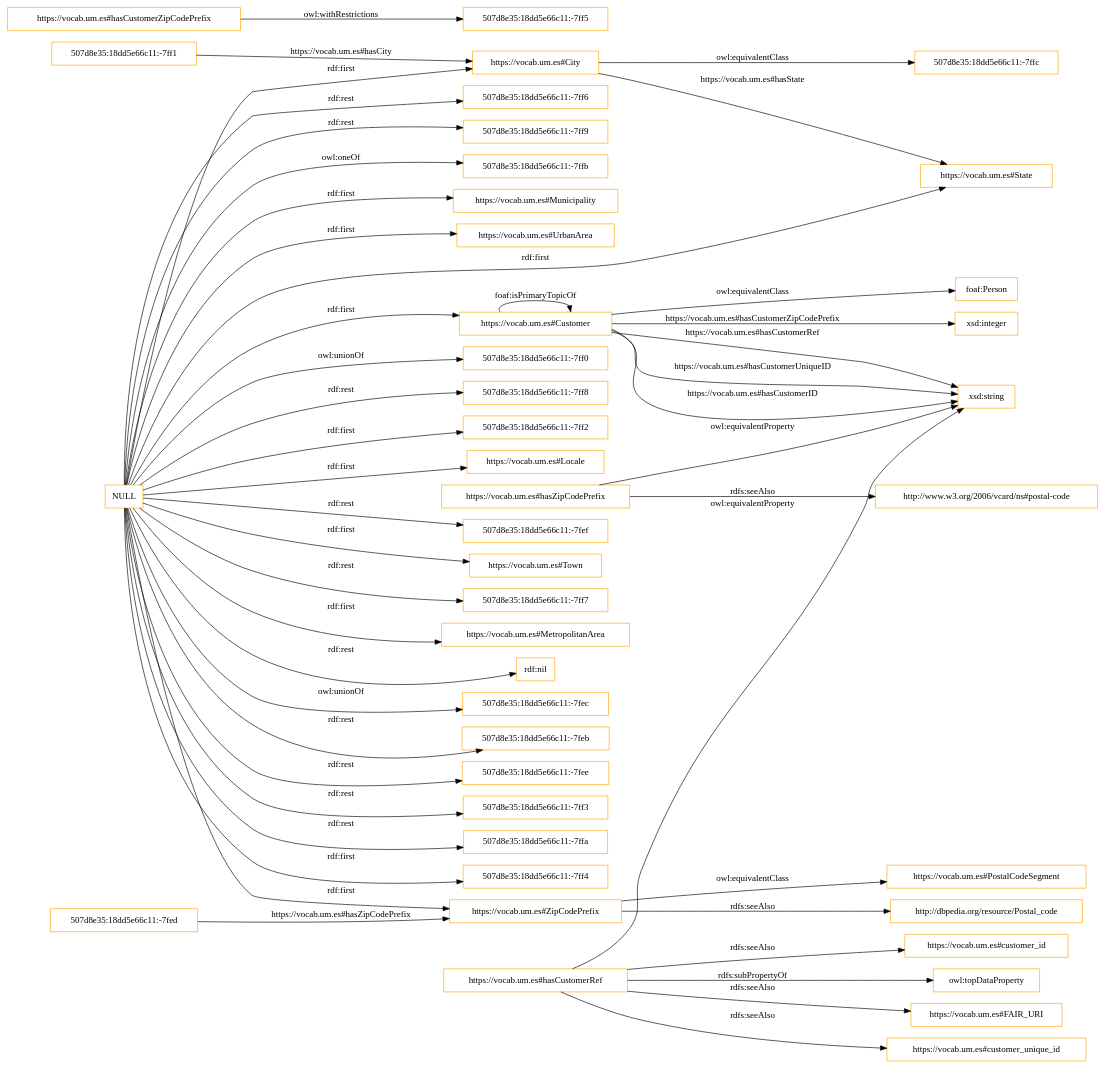
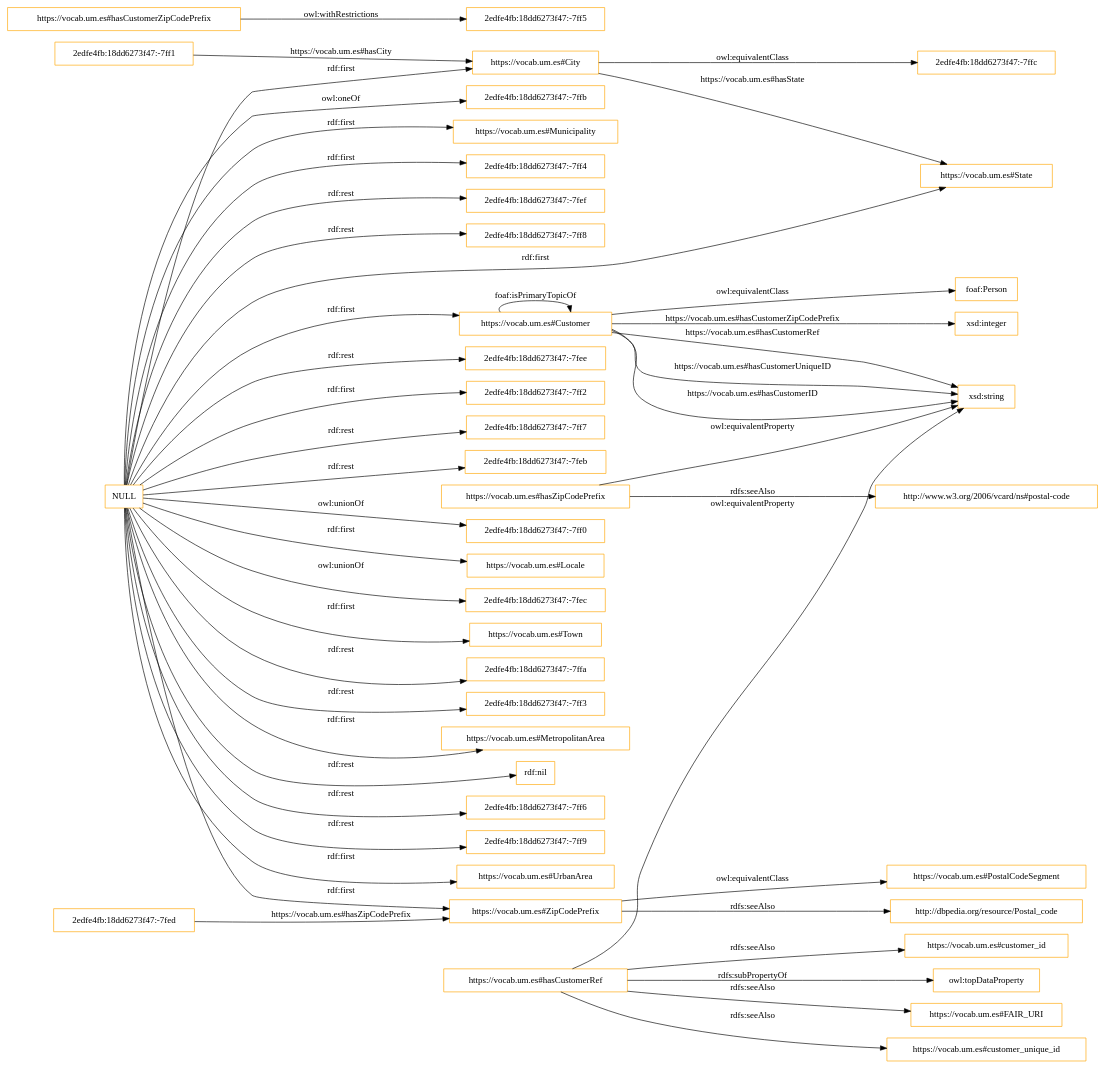
The diagram in OnToology/ontologies/BrazilianEcommerce_ontology_LLM.owl/diagrams/ar2dtool-class/BrazilianEcommerce_ontology_LLM.owl.png.dot (tecnomod-um/OntoGenixEvaluation), drawn with Graphviz before and after one commit. The commit also changed 30 other files, not shown here.

```diff
--- a/OnToology/ontologies/BrazilianEcommerce_ontology_LLM.owl/diagrams/ar2dtool-class/BrazilianEcommerce_ontology_LLM.owl.png.dot
+++ b/OnToology/ontologies/BrazilianEcommerce_ontology_LLM.owl/diagrams/ar2dtool-class/BrazilianEcommerce_ontology_LLM.owl.png.dot
@@ -1,50 +1,50 @@
 digraph ar2dtool_diagram { 
 rankdir=LR;
 size="1501"
-node [shape = rectangle, color="orange"]; "507d8e35:18dd5e66c11:-7ff1" "507d8e35:18dd5e66c11:-7ffc" "https://vocab.um.es#City" "https://vocab.um.es#Customer" "https://vocab.um.es#State" "https://vocab.um.es#ZipCodePrefix" ; /*classes style*/
-	"https://vocab.um.es#hasCustomerZipCodePrefix" -> "507d8e35:18dd5e66c11:-7ff5" [ label = "owl:withRestrictions" ];
+node [shape = rectangle, color="orange"]; "2edfe4fb:18dd6273f47:-7ff1" "2edfe4fb:18dd6273f47:-7ffc" "https://vocab.um.es#City" "https://vocab.um.es#Customer" "https://vocab.um.es#State" "https://vocab.um.es#ZipCodePrefix" ; /*classes style*/
+	"https://vocab.um.es#hasCustomerZipCodePrefix" -> "2edfe4fb:18dd6273f47:-7ff5" [ label = "owl:withRestrictions" ];
 	"https://vocab.um.es#hasZipCodePrefix" -> "xsd:string" [ label = "owl:equivalentProperty" ];
 	"https://vocab.um.es#hasZipCodePrefix" -> "http://www.w3.org/2006/vcard/ns#postal-code" [ label = "rdfs:seeAlso" ];
 	"https://vocab.um.es#ZipCodePrefix" -> "http://dbpedia.org/resource/Postal_code" [ label = "rdfs:seeAlso" ];
 	"https://vocab.um.es#ZipCodePrefix" -> "https://vocab.um.es#PostalCodeSegment" [ label = "owl:equivalentClass" ];
 	"https://vocab.um.es#Customer" -> "foaf:Person" [ label = "owl:equivalentClass" ];
 	"https://vocab.um.es#Customer" -> "https://vocab.um.es#Customer" [ label = "foaf:isPrimaryTopicOf" ];
 	"https://vocab.um.es#hasCustomerRef" -> "https://vocab.um.es#FAIR_URI" [ label = "rdfs:seeAlso" ];
 	"https://vocab.um.es#hasCustomerRef" -> "xsd:string" [ label = "owl:equivalentProperty" ];
 	"https://vocab.um.es#hasCustomerRef" -> "https://vocab.um.es#customer_unique_id" [ label = "rdfs:seeAlso" ];
 	"https://vocab.um.es#hasCustomerRef" -> "https://vocab.um.es#customer_id" [ label = "rdfs:seeAlso" ];
 	"https://vocab.um.es#hasCustomerRef" -> "owl:topDataProperty" [ label = "rdfs:subPropertyOf" ];
-	"NULL" -> "507d8e35:18dd5e66c11:-7ff0" [ label = "owl:unionOf" ];
-	"NULL" -> "507d8e35:18dd5e66c11:-7ff8" [ label = "rdf:rest" ];
-	"NULL" -> "507d8e35:18dd5e66c11:-7ff2" [ label = "rdf:first" ];
+	"NULL" -> "2edfe4fb:18dd6273f47:-7fee" [ label = "rdf:rest" ];
+	"NULL" -> "2edfe4fb:18dd6273f47:-7ff2" [ label = "rdf:first" ];
+	"NULL" -> "2edfe4fb:18dd6273f47:-7ff7" [ label = "rdf:rest" ];
+	"NULL" -> "2edfe4fb:18dd6273f47:-7feb" [ label = "rdf:rest" ];
+	"NULL" -> "2edfe4fb:18dd6273f47:-7ff0" [ label = "owl:unionOf" ];
 	"NULL" -> "https://vocab.um.es#Locale" [ label = "rdf:first" ];
-	"NULL" -> "507d8e35:18dd5e66c11:-7fef" [ label = "rdf:rest" ];
+	"NULL" -> "2edfe4fb:18dd6273f47:-7fec" [ label = "owl:unionOf" ];
 	"NULL" -> "https://vocab.um.es#Town" [ label = "rdf:first" ];
+	"NULL" -> "2edfe4fb:18dd6273f47:-7ffa" [ label = "rdf:rest" ];
+	"NULL" -> "2edfe4fb:18dd6273f47:-7ff3" [ label = "rdf:rest" ];
 	"NULL" -> "https://vocab.um.es#Customer" [ label = "rdf:first" ];
-	"NULL" -> "507d8e35:18dd5e66c11:-7ff7" [ label = "rdf:rest" ];
 	"NULL" -> "https://vocab.um.es#MetropolitanArea" [ label = "rdf:first" ];
 	"NULL" -> "rdf:nil" [ label = "rdf:rest" ];
-	"NULL" -> "507d8e35:18dd5e66c11:-7fec" [ label = "owl:unionOf" ];
 	"NULL" -> "https://vocab.um.es#ZipCodePrefix" [ label = "rdf:first" ];
-	"NULL" -> "507d8e35:18dd5e66c11:-7feb" [ label = "rdf:rest" ];
-	"NULL" -> "507d8e35:18dd5e66c11:-7fee" [ label = "rdf:rest" ];
-	"NULL" -> "507d8e35:18dd5e66c11:-7ff3" [ label = "rdf:rest" ];
-	"NULL" -> "507d8e35:18dd5e66c11:-7ffa" [ label = "rdf:rest" ];
-	"NULL" -> "507d8e35:18dd5e66c11:-7ff4" [ label = "rdf:first" ];
+	"NULL" -> "2edfe4fb:18dd6273f47:-7ff6" [ label = "rdf:rest" ];
+	"NULL" -> "2edfe4fb:18dd6273f47:-7ff9" [ label = "rdf:rest" ];
+	"NULL" -> "https://vocab.um.es#UrbanArea" [ label = "rdf:first" ];
+	"NULL" -> "2edfe4fb:18dd6273f47:-7ffb" [ label = "owl:oneOf" ];
+	"NULL" -> "https://vocab.um.es#Municipality" [ label = "rdf:first" ];
+	"NULL" -> "2edfe4fb:18dd6273f47:-7ff4" [ label = "rdf:first" ];
+	"NULL" -> "2edfe4fb:18dd6273f47:-7fef" [ label = "rdf:rest" ];
 	"NULL" -> "https://vocab.um.es#State" [ label = "rdf:first" ];
-	"NULL" -> "507d8e35:18dd5e66c11:-7ff6" [ label = "rdf:rest" ];
-	"NULL" -> "507d8e35:18dd5e66c11:-7ff9" [ label = "rdf:rest" ];
 	"NULL" -> "https://vocab.um.es#City" [ label = "rdf:first" ];
-	"NULL" -> "507d8e35:18dd5e66c11:-7ffb" [ label = "owl:oneOf" ];
-	"NULL" -> "https://vocab.um.es#Municipality" [ label = "rdf:first" ];
-	"NULL" -> "https://vocab.um.es#UrbanArea" [ label = "rdf:first" ];
-	"https://vocab.um.es#City" -> "507d8e35:18dd5e66c11:-7ffc" [ label = "owl:equivalentClass" ];
+	"NULL" -> "2edfe4fb:18dd6273f47:-7ff8" [ label = "rdf:rest" ];
+	"https://vocab.um.es#City" -> "2edfe4fb:18dd6273f47:-7ffc" [ label = "owl:equivalentClass" ];
 	"https://vocab.um.es#Customer" -> "xsd:string" [ label = "https://vocab.um.es#hasCustomerUniqueID" ];
 	"https://vocab.um.es#City" -> "https://vocab.um.es#State" [ label = "https://vocab.um.es#hasState" ];
 	"https://vocab.um.es#Customer" -> "xsd:string" [ label = "https://vocab.um.es#hasCustomerID" ];
 	"https://vocab.um.es#Customer" -> "xsd:integer" [ label = "https://vocab.um.es#hasCustomerZipCodePrefix" ];
-	"507d8e35:18dd5e66c11:-7ff1" -> "https://vocab.um.es#City" [ label = "https://vocab.um.es#hasCity" ];
+	"2edfe4fb:18dd6273f47:-7ff1" -> "https://vocab.um.es#City" [ label = "https://vocab.um.es#hasCity" ];
 	"https://vocab.um.es#Customer" -> "xsd:string" [ label = "https://vocab.um.es#hasCustomerRef" ];
-	"507d8e35:18dd5e66c11:-7fed" -> "https://vocab.um.es#ZipCodePrefix" [ label = "https://vocab.um.es#hasZipCodePrefix" ];
+	"2edfe4fb:18dd6273f47:-7fed" -> "https://vocab.um.es#ZipCodePrefix" [ label = "https://vocab.um.es#hasZipCodePrefix" ];
 
 }
```
